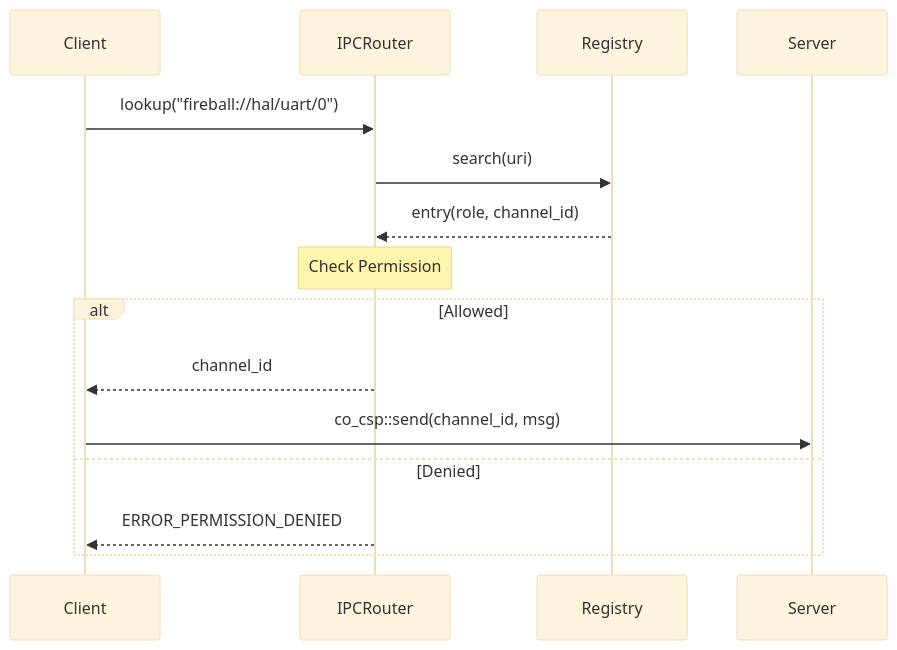
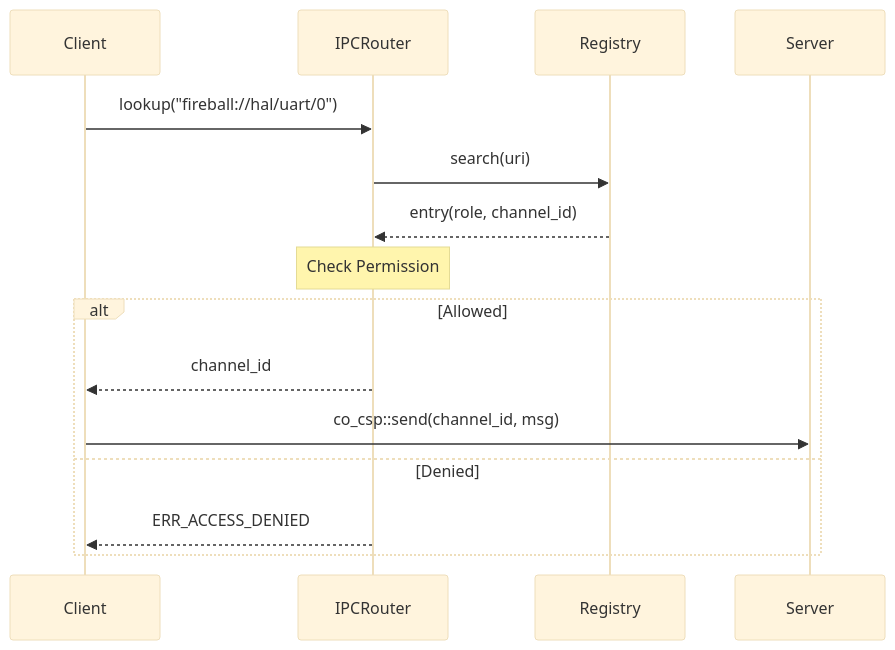
The fifth of 6 diagrams in docs/components/tier1_interface/ipc_router.md (kmt-t/fireball), drawn with Mermaid (base theme) before and after one commit. The commit also changed other lines of this file and 8 other files, not shown here.

````diff
--- a/docs/components/tier1_interface/ipc_router.md
+++ b/docs/components/tier1_interface/ipc_router.md
@@ -298,18 +298,18 @@
 ```mermaid
 sequenceDiagram
     participant C as Client
     participant R as IPCRouter
     participant Reg as Registry
     participant S as Server
     
     C->>R: lookup("fireball://hal/uart/0")
     R->>Reg: search(uri)
     Reg-->>R: entry(role, channel_id)
     Note over R: Check Permission
     alt Allowed
         R-->>C: channel_id
         C->>S: co_csp::send(channel_id, msg)
     else Denied
-        R-->>C: ERROR_PERMISSION_DENIED
+        R-->>C: ERR_ACCESS_DENIED
     end
 ```
````
